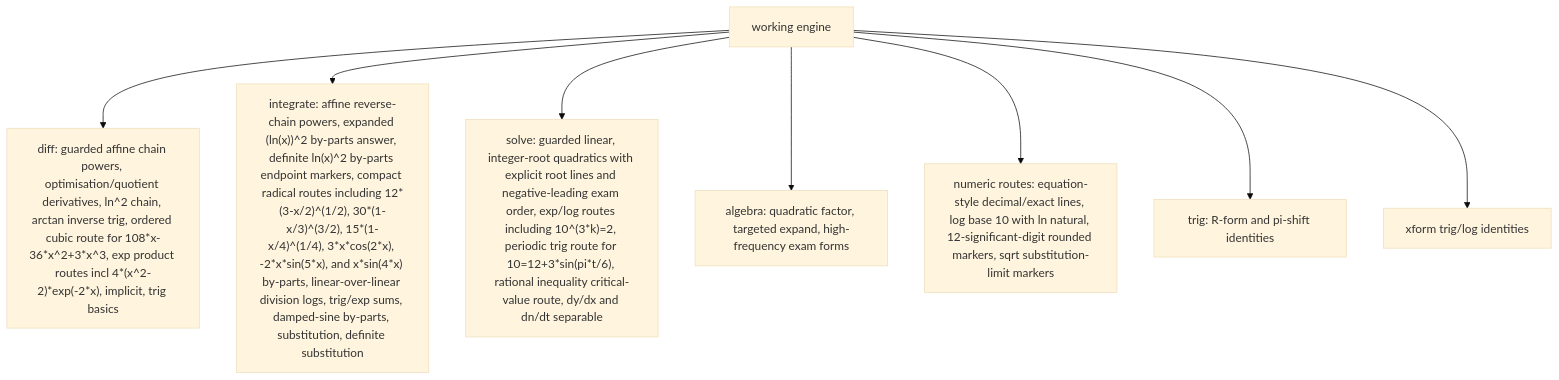
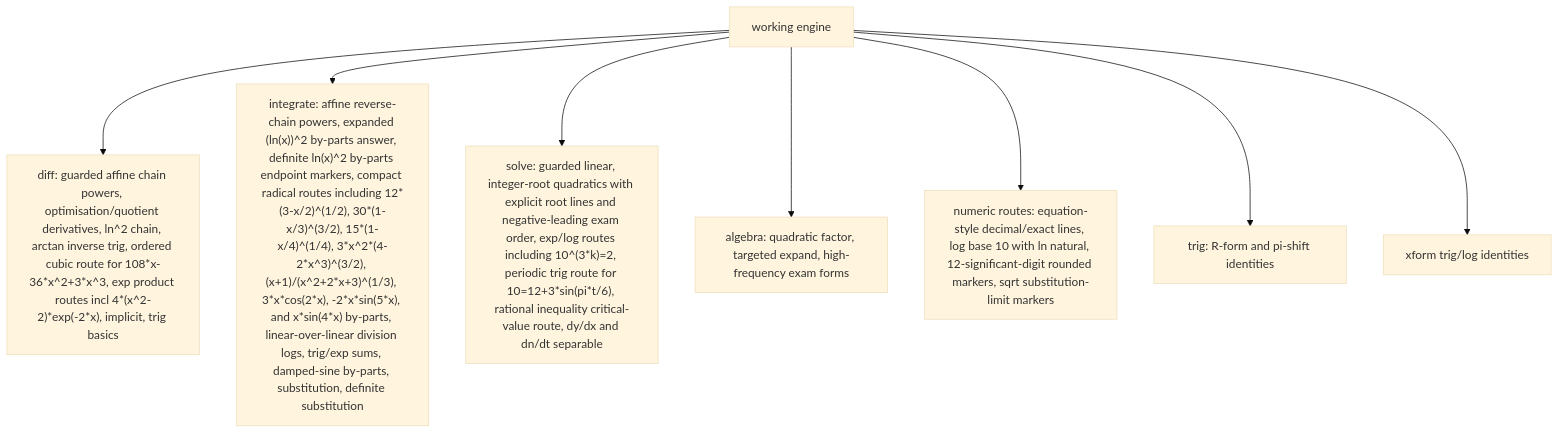
The third of 6 diagrams in docs/GRAPH.md (james8464/notes-addin-casio-fx-cg50), drawn with Mermaid (base theme) before and after one commit. The commit also changed other lines of this file and 4 other files, not shown here.

Commit message:
add reverse chain integration routes

````diff
--- a/docs/GRAPH.md
+++ b/docs/GRAPH.md
@@ -36,10 +36,10 @@
 ```mermaid
 graph TD
   Work["working engine"] --> Diff["diff: guarded affine chain powers, optimisation/quotient derivatives, ln^2 chain, arctan inverse trig, ordered cubic route for 108*x-36*x^2+3*x^3, exp product routes incl 4*(x^2-2)*exp(-2*x), implicit, trig basics"]
-  Work --> Int["integrate: affine reverse-chain powers, expanded (ln(x))^2 by-parts answer, definite ln(x)^2 by-parts endpoint markers, compact radical routes including 12*(3-x/2)^(1/2), 30*(1-x/3)^(3/2), 15*(1-x/4)^(1/4), 3*x*cos(2*x), -2*x*sin(5*x), and x*sin(4*x) by-parts, linear-over-linear division logs, trig/exp sums, damped-sine by-parts, substitution, definite substitution"]
+  Work --> Int["integrate: affine reverse-chain powers, expanded (ln(x))^2 by-parts answer, definite ln(x)^2 by-parts endpoint markers, compact radical routes including 12*(3-x/2)^(1/2), 30*(1-x/3)^(3/2), 15*(1-x/4)^(1/4), 3*x^2*(4-2*x^3)^(3/2), (x+1)/(x^2+2*x+3)^(1/3), 3*x*cos(2*x), -2*x*sin(5*x), and x*sin(4*x) by-parts, linear-over-linear division logs, trig/exp sums, damped-sine by-parts, substitution, definite substitution"]
   Work --> Solve["solve: guarded linear, integer-root quadratics with explicit root lines and negative-leading exam order, exp/log routes including 10^(3*k)=2, periodic trig route for 10=12+3*sin(pi*t/6), rational inequality critical-value route, dy/dx and dn/dt separable"]
   Work --> Alg["algebra: quadratic factor, targeted expand, high-frequency exam forms"]
   Work --> Num["numeric routes: equation-style decimal/exact lines, log base 10 with ln natural, 12-significant-digit rounded markers, sqrt substitution-limit markers"]
   Work --> Trig["trig: R-form and pi-shift identities"]
   Work --> Xform["xform trig/log identities"]
 ```
````
